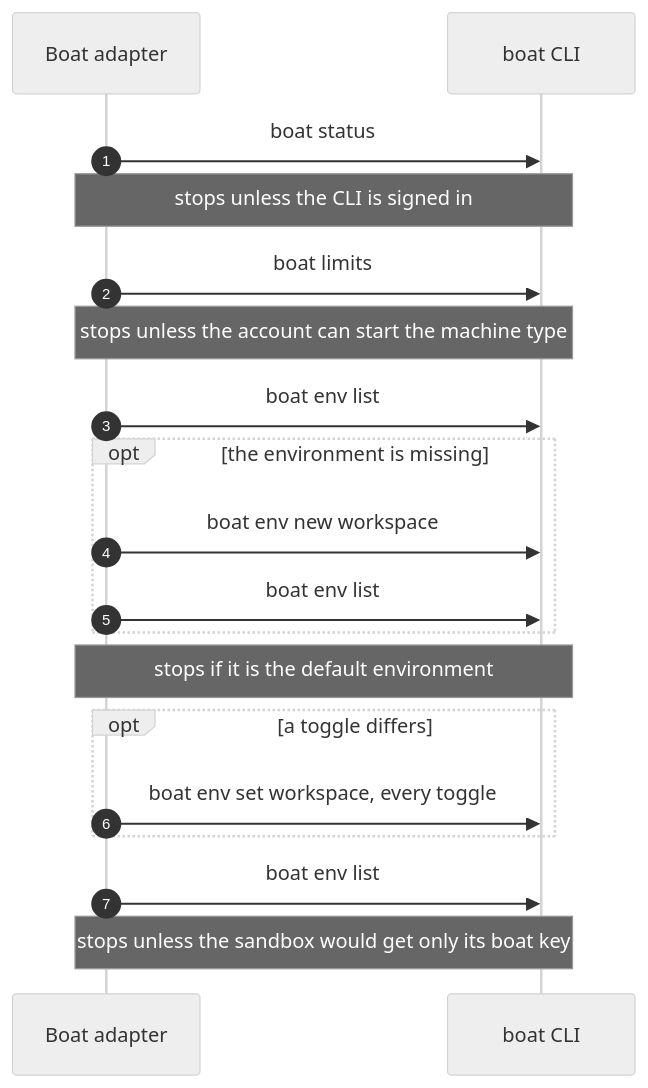
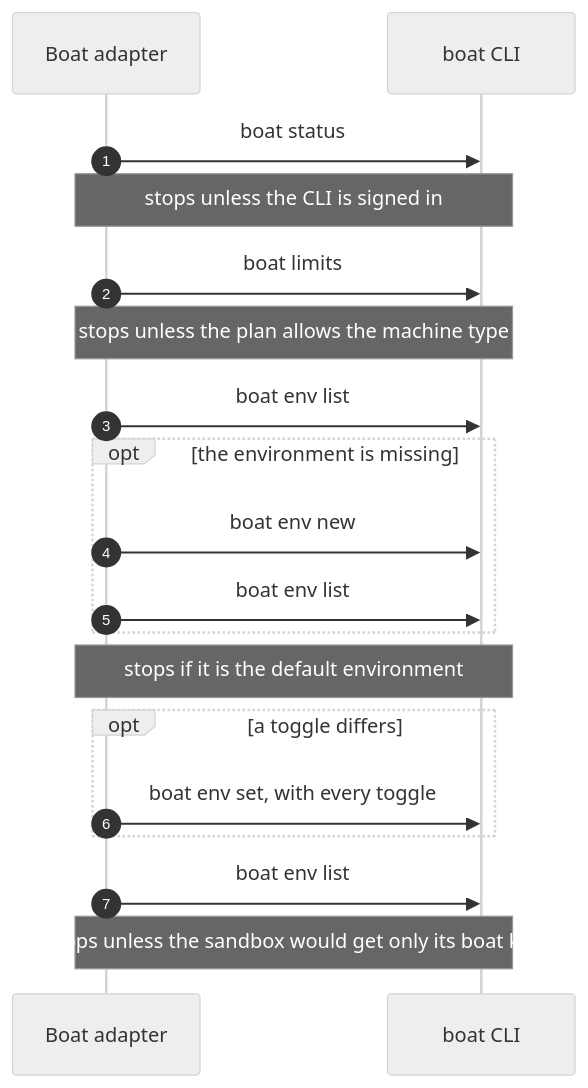
Before and after one commit to NextNodeSolutions/workspace: the third of 8 diagrams in docs/providers/boat.md, drawn with Mermaid (neutral theme). The commit also changed other lines of this file and 4 other files, not shown here.

````diff
--- a/docs/providers/boat.md
+++ b/docs/providers/boat.md
@@ -93,21 +86,21 @@
 ```mermaid
 sequenceDiagram
     autonumber
     participant A as Boat adapter
     participant B as boat CLI
     A->>B: boat status
     Note over A,B: stops unless the CLI is signed in
     A->>B: boat limits
-    Note over A,B: stops unless the account can start the machine type
+    Note over A,B: stops unless the plan allows the machine type
     A->>B: boat env list
     opt the environment is missing
-        A->>B: boat env new workspace
+        A->>B: boat env new
         A->>B: boat env list
     end
     Note over A,B: stops if it is the default environment
     opt a toggle differs
-        A->>B: boat env set workspace, every toggle
+        A->>B: boat env set, with every toggle
     end
     A->>B: boat env list
     Note over A,B: stops unless the sandbox would get only its boat key
 ```
````
